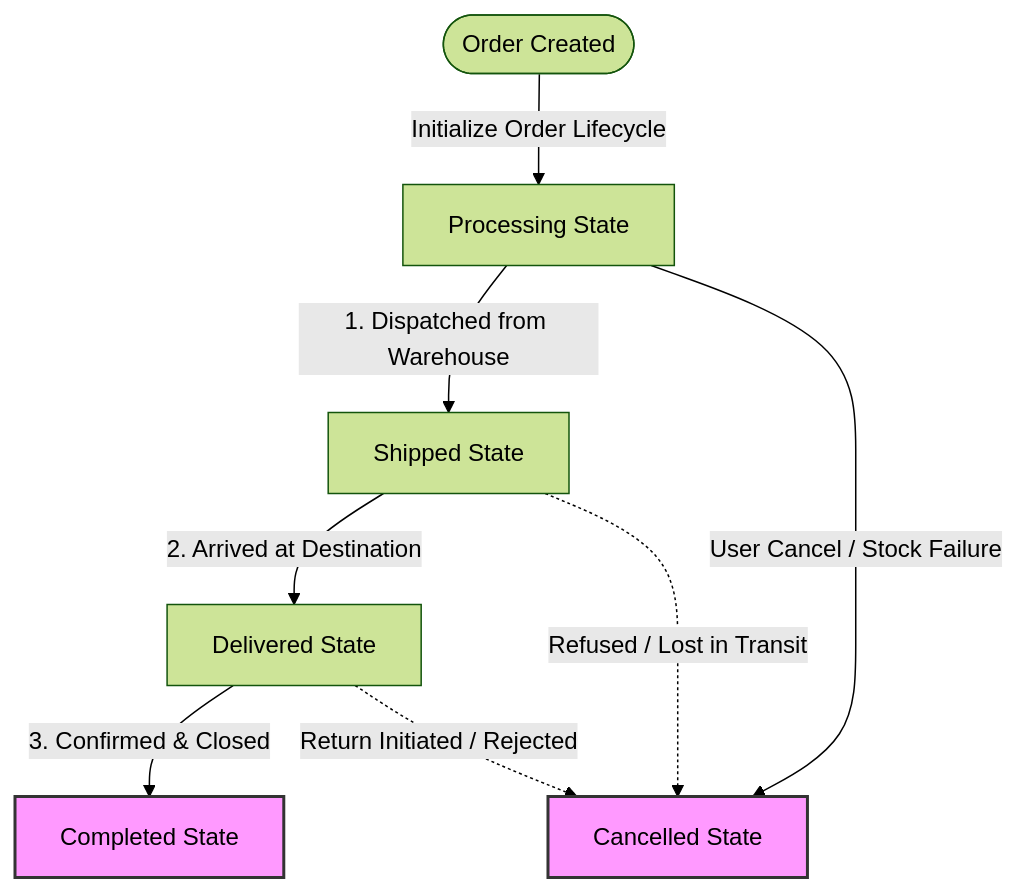
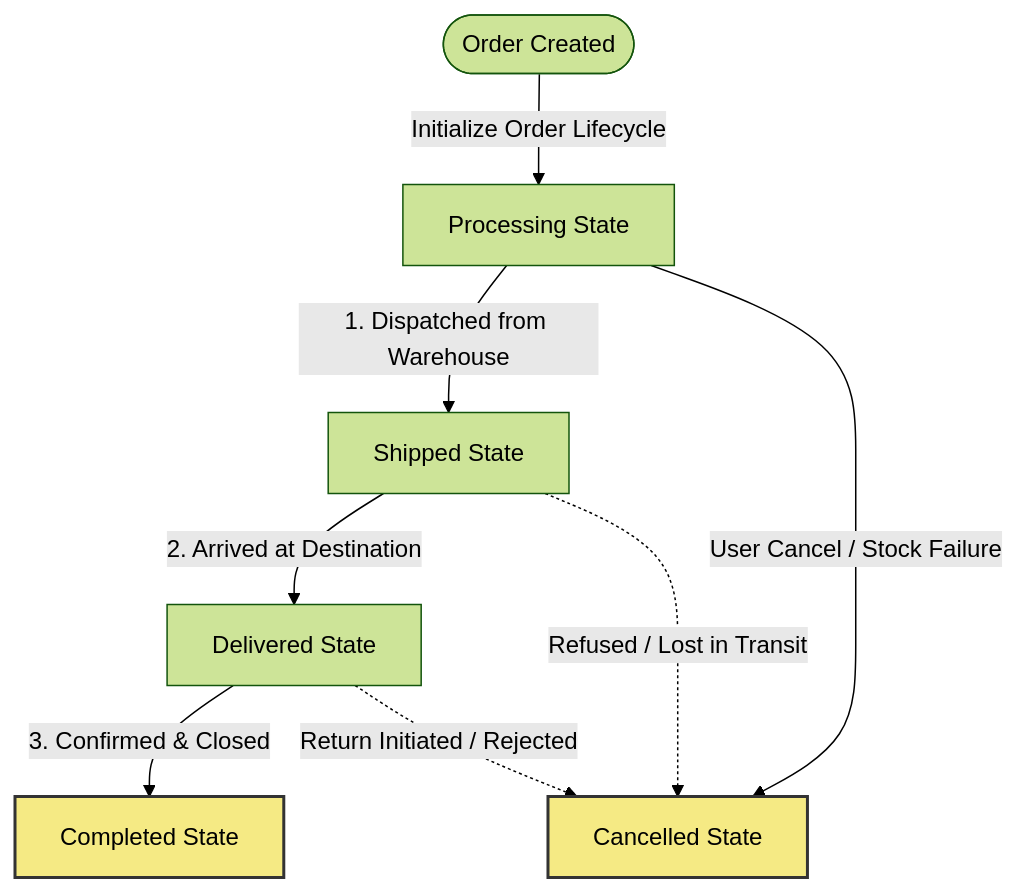
The fifth of 11 diagrams in docs/11-project-workflow.md (yewess97/Grace), drawn with Mermaid (forest theme) before and after one commit.

````diff
--- a/docs/11-project-workflow.md
+++ b/docs/11-project-workflow.md
@@ -204,26 +204,26 @@
 ```mermaid
 flowchart TD
     %% Nodes
     Start([Order Created])
     Proc[Processing State]
     Ship[Shipped State]
     Deliv[Delivered State]
     Comp[Completed State]
     Cancel[Cancelled State]
 
     %% Main Success Path (Happy Path)
     Start -->|Initialize Order Lifecycle| Proc
     Proc -->|1. Dispatched from Warehouse| Ship
     Ship -->|2. Arrived at Destination| Deliv
     Deliv -->|3. Confirmed & Closed| Comp
 
     %% Exception Handling (Cancellation Paths)
     Proc --->|User Cancel / Stock Failure| Cancel
     Ship -.->|Refused / Lost in Transit| Cancel
     Deliv -.->|Return Initiated / Rejected| Cancel
 
     %% Terminal States Styling Context
-    classDef terminal fill:#f9f,stroke:#333,stroke-width:2px;
+    classDef terminal fill:#f5ea84,stroke:#333,stroke-width:2px;
     class Comp terminal;
     class Cancel terminal;
 ```
````
